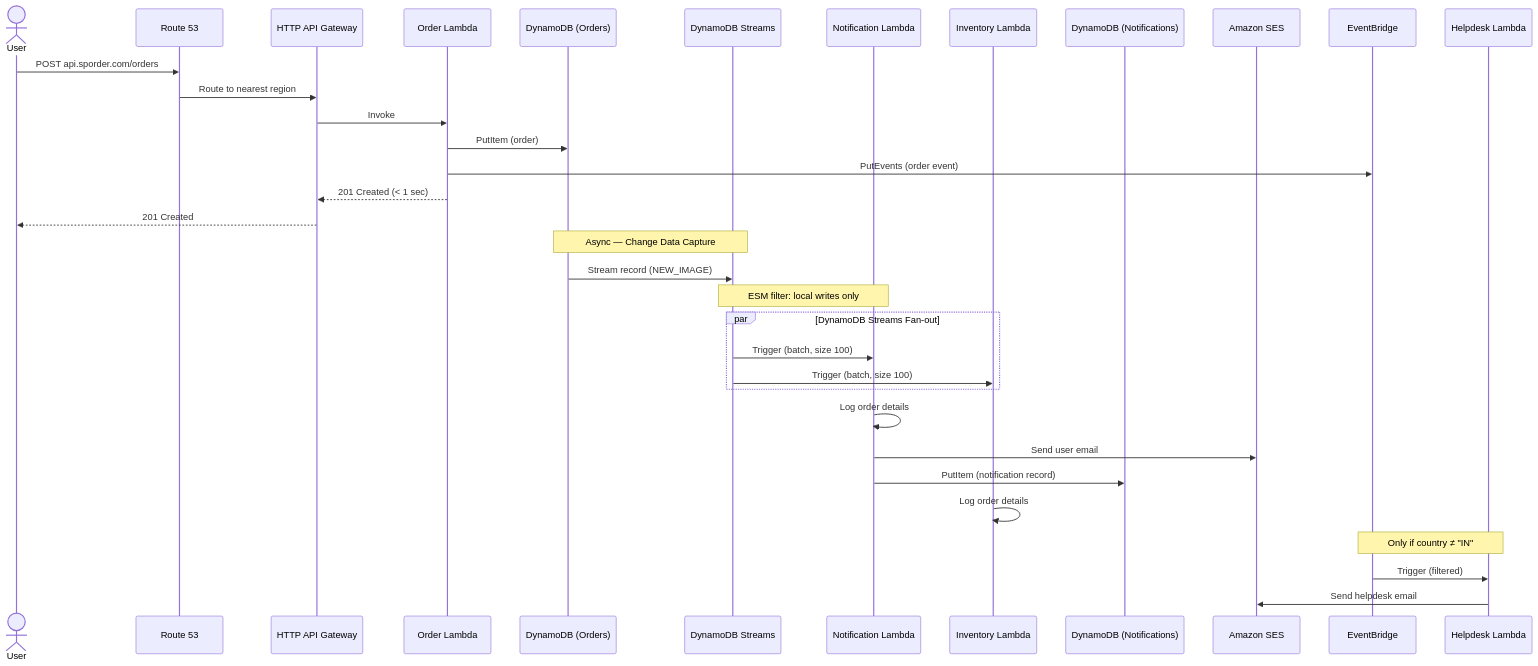
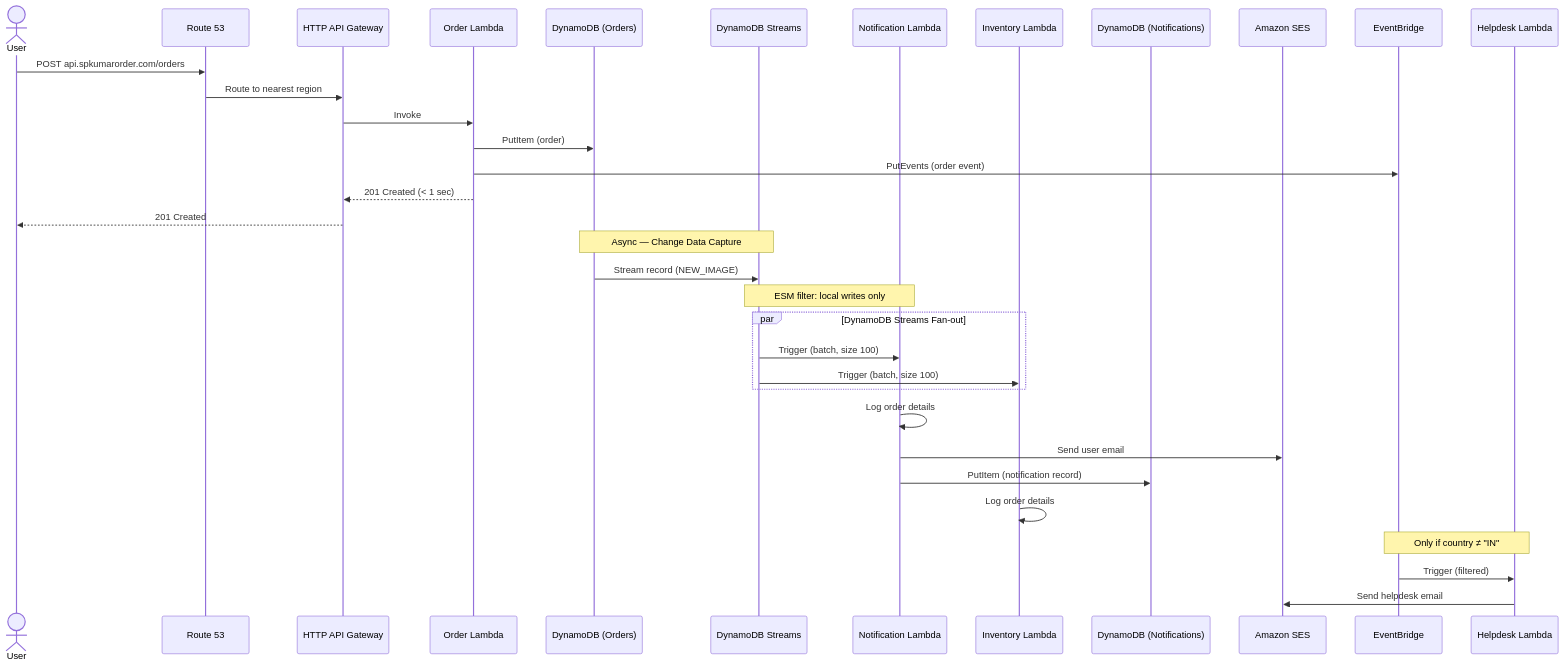
The fourth of 8 diagrams in docs/architecture.md (SandeepPamujula/order-notification-distributed), drawn with Mermaid before and after one commit. The commit also changed other lines of this file and 17 other files, not shown here.

````diff
--- a/docs/architecture.md
+++ b/docs/architecture.md
@@ -281,42 +281,42 @@
 ```mermaid
 sequenceDiagram
     actor User
     participant R53 as Route 53
     participant APIGW as HTTP API Gateway
     participant OL as Order Lambda
     participant DDB as DynamoDB (Orders)
     participant DDS as DynamoDB Streams
     participant NL as Notification Lambda
     participant IL as Inventory Lambda
     participant DDB_NOTIF as DynamoDB (Notifications)
     participant SES as Amazon SES
     participant EB as EventBridge
     participant HL as Helpdesk Lambda
 
-    User->>R53: POST api.sporder.com/orders
+    User->>R53: POST api.spkumarorder.com/orders
     R53->>APIGW: Route to nearest region
     APIGW->>OL: Invoke
     OL->>DDB: PutItem (order)
     OL->>EB: PutEvents (order event)
     OL-->>APIGW: 201 Created (< 1 sec)
     APIGW-->>User: 201 Created
 
     Note over DDB,DDS: Async — Change Data Capture
     DDB->>DDS: Stream record (NEW_IMAGE)
 
     Note over DDS,NL: ESM filter: local writes only
     par DynamoDB Streams Fan-out
         DDS->>NL: Trigger (batch, size 100)
         DDS->>IL: Trigger (batch, size 100)
     end
 
     NL->>NL: Log order details
     NL->>SES: Send user email
     NL->>DDB_NOTIF: PutItem (notification record)
 
     IL->>IL: Log order details
 
     Note over EB,HL: Only if country ≠ "IN"
     EB->>HL: Trigger (filtered)
     HL->>SES: Send helpdesk email
 ```
````
